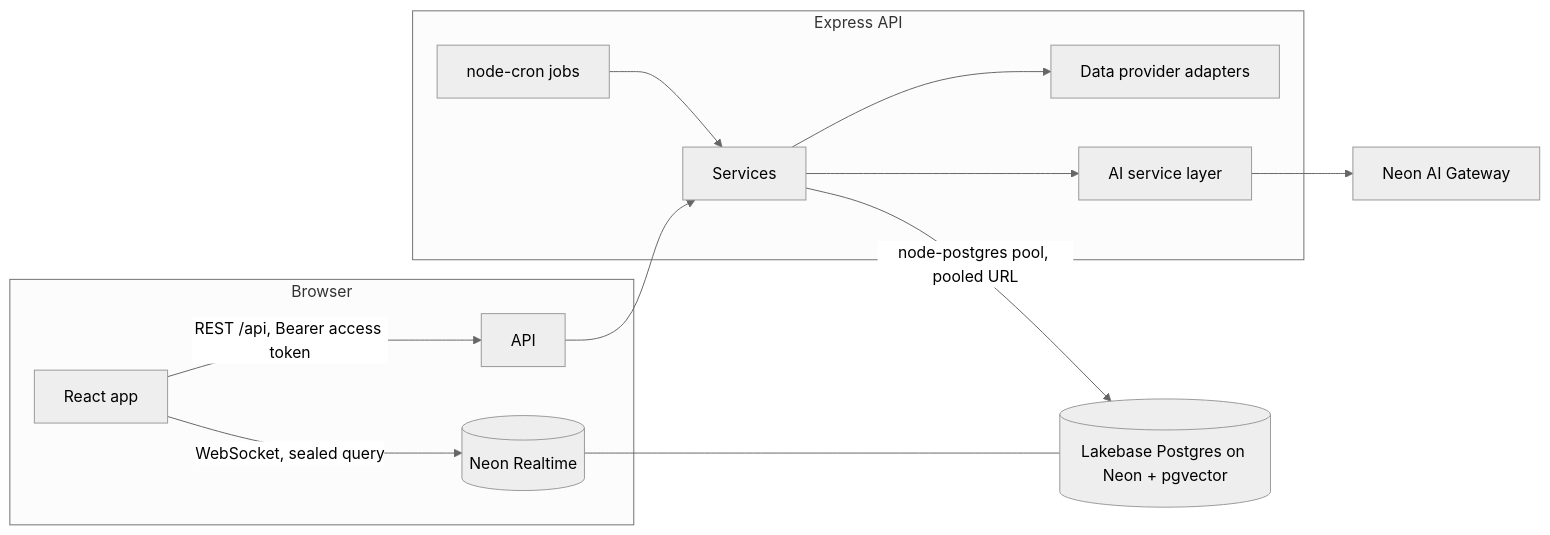
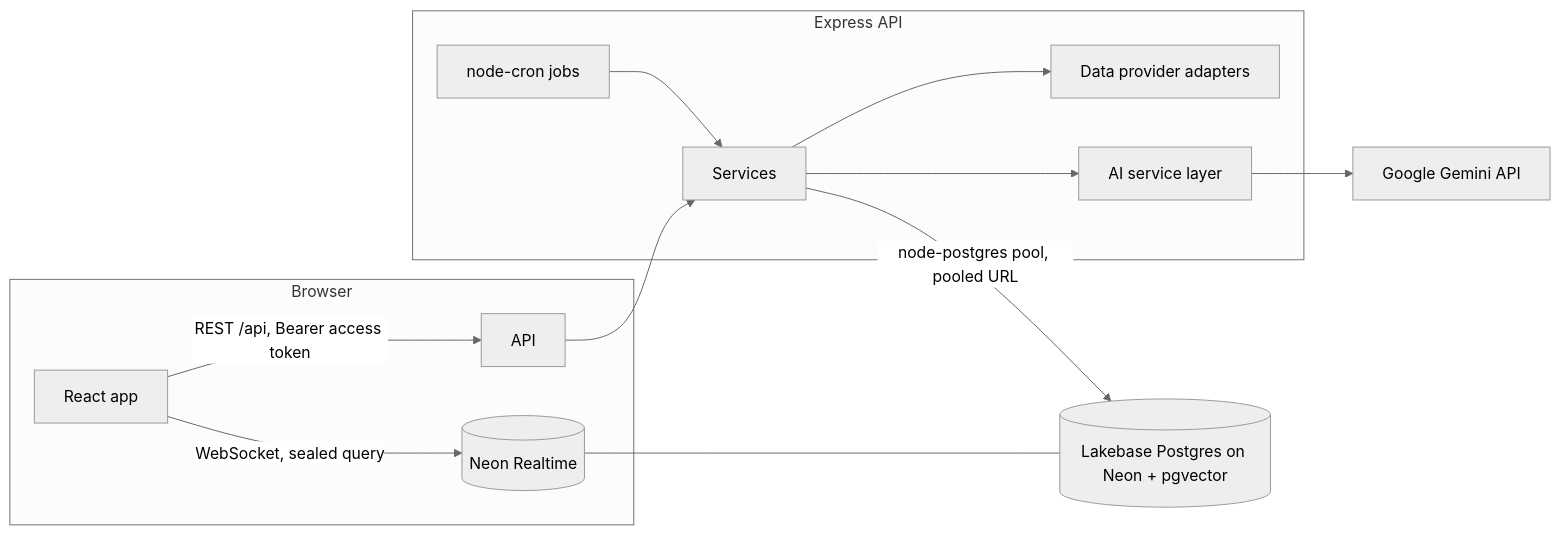
One commit to Ashish-Rawal-047/finn_enam_holding changed the diagram in finn-enam/docs/ARCHITECTURE.md. Above: the diagram before and after it, drawn with Mermaid (neutral theme). The commit also changed other lines of this file and 7 other files, not shown here.

First line of the commit message:
refactor(ai): Google Gemini is the only AI provider

````diff
--- a/finn-enam/docs/ARCHITECTURE.md
+++ b/finn-enam/docs/ARCHITECTURE.md
@@ -40,16 +40,16 @@
 ```mermaid
 flowchart LR
   subgraph Browser
     UI[React app] -->|REST /api, Bearer access token| API
     UI -->|WebSocket, sealed query| RT[(Neon Realtime)]
   end
   subgraph Server[Express API]
     API --> Services
     Jobs[node-cron jobs] --> Services
     Services --> Providers[Data provider adapters]
     Services --> AI[AI service layer]
   end
   Services -->|node-postgres pool, pooled URL| PG[(Lakebase Postgres on Neon + pgvector)]
-  AI --> GW[Neon AI Gateway]
+  AI --> GW[Google Gemini API]
   RT --- PG
 ```
````
